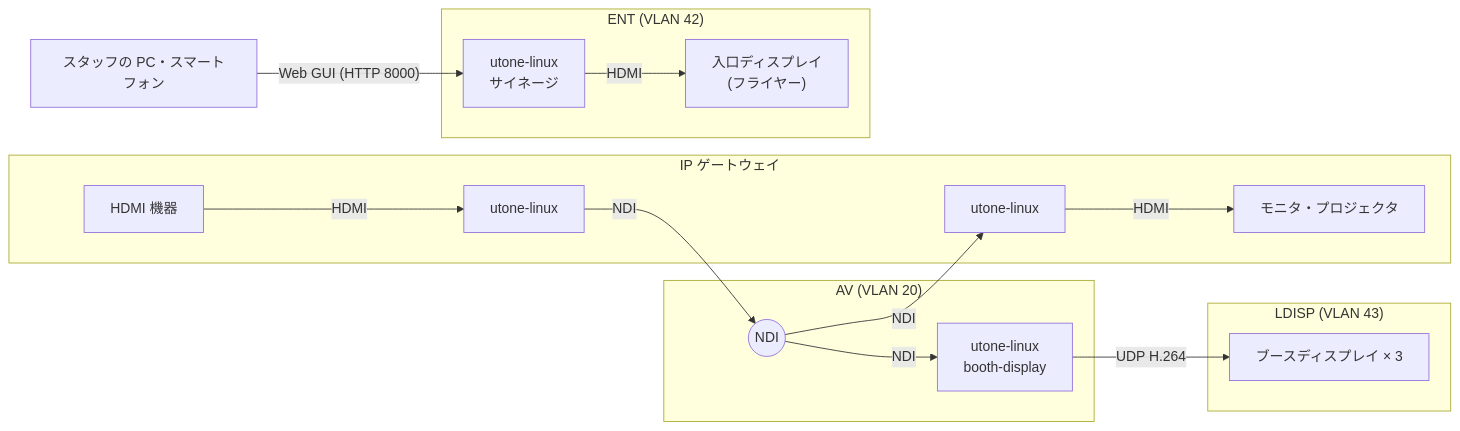
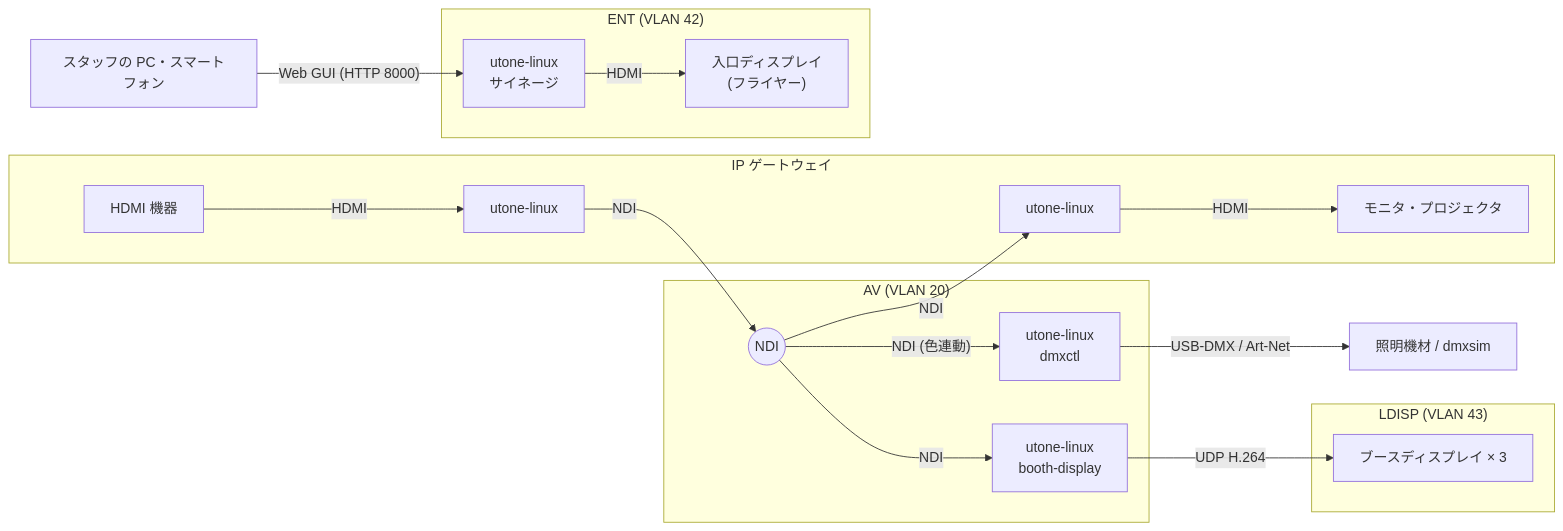
The first of 4 diagrams in docs/content/service/utone-linux.mdx (TechnoTUT/Infra), drawn with Mermaid before and after one commit. The commit also changed other lines of this file, not shown here.

Commit message:
docs(service): add dmxctl usage and network diagram to utone-linux.mdx

````diff
--- a/docs/content/service/utone-linux.mdx
+++ b/docs/content/service/utone-linux.mdx
@@ -25,20 +27,22 @@
 ```mermaid
 flowchart LR
     subgraph GW["IP ゲートウェイ"]
         H1["HDMI 機器"] -- HDMI --> U1["utone-linux"]
         U2["utone-linux"] -- HDMI --> H2["モニタ・プロジェクタ"]
     end
     subgraph AV["AV (VLAN 20)"]
         N(("NDI"))
         U4["utone-linux<br/>booth-display"]
+        U5["utone-linux<br/>dmxctl"]
     end
     subgraph ENT["ENT (VLAN 42)"]
         U3["utone-linux<br/>サイネージ"] -- HDMI --> F["入口ディスプレイ<br/>(フライヤー)"]
     end
     subgraph LDISP["LDISP (VLAN 43)"]
         B["ブースディスプレイ × 3"]
     end
     U1 -- NDI --> N -- NDI --> U2
     N -- NDI --> U4 -- "UDP H.264" --> B
+    N -- "NDI (色連動)" --> U5 -- "USB-DMX / Art-Net" --> L["照明機材 / dmxsim"]
     PC["スタッフの PC・スマートフォン"] -- "Web GUI (HTTP 8000)" --> U3
 ```
````
